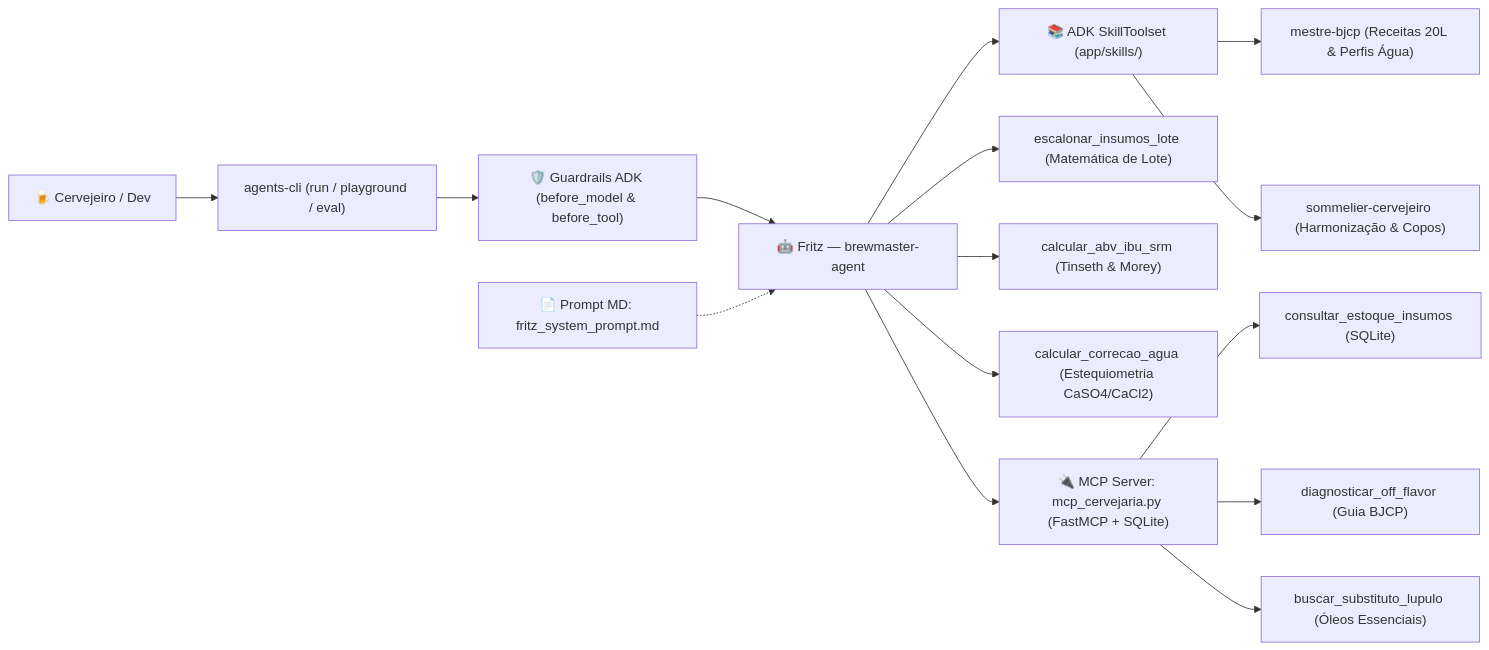
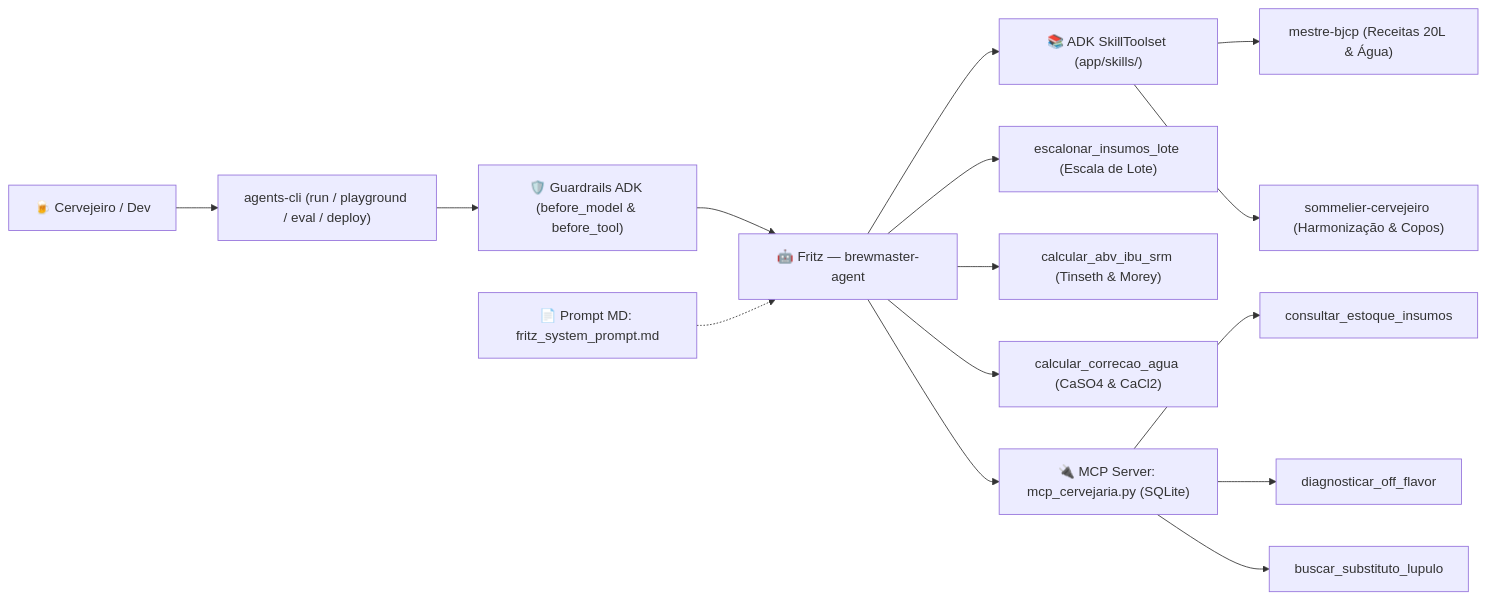
Before and after one commit to felipemoz/brewmaster-with-adk: the diagram in README.md, drawn with Mermaid. The commit also changed other lines of this file and 4 other files, not shown here.

````diff
--- a/README.md
+++ b/README.md
@@ -19,17 +15,17 @@
 ```mermaid
 flowchart LR
-    U["🍺 Cervejeiro / Dev"] --> CLI["agents-cli (run / playground / eval)"]
+    U["🍺 Cervejeiro / Dev"] --> CLI["agents-cli (run / playground / eval / deploy)"]
     CLI --> G["🛡️ Guardrails ADK (before_model & before_tool)"]
     G --> AG["🤖 Fritz — brewmaster-agent"]
     P["📄 Prompt MD: fritz_system_prompt.md"] -.-> AG
     AG --> SK["📚 ADK SkillToolset (app/skills/)"]
-    SK --> S1["mestre-bjcp (Receitas 20L & Perfis Água)"]
+    SK --> S1["mestre-bjcp (Receitas 20L & Água)"]
     SK --> S2["sommelier-cervejeiro (Harmonização & Copos)"]
-    AG --> T1["escalonar_insumos_lote (Matemática de Lote)"]
+    AG --> T1["escalonar_insumos_lote (Escala de Lote)"]
     AG --> T2["calcular_abv_ibu_srm (Tinseth & Morey)"]
-    AG --> T3["calcular_correcao_agua (Estequiometria CaSO4/CaCl2)"]
-    AG --> MCP["🔌 MCP Server: mcp_cervejaria.py (FastMCP + SQLite)"]
-    MCP --> M1["consultar_estoque_insumos (SQLite)"]
-    MCP --> M2["diagnosticar_off_flavor (Guia BJCP)"]
-    MCP --> M3["buscar_substituto_lupulo (Óleos Essenciais)"]
+    AG --> T3["calcular_correcao_agua (CaSO4 & CaCl2)"]
+    AG --> MCP["🔌 MCP Server: mcp_cervejaria.py (SQLite)"]
+    MCP --> M1["consultar_estoque_insumos"]
+    MCP --> M2["diagnosticar_off_flavor"]
+    MCP --> M3["buscar_substituto_lupulo"]
 ```
````
